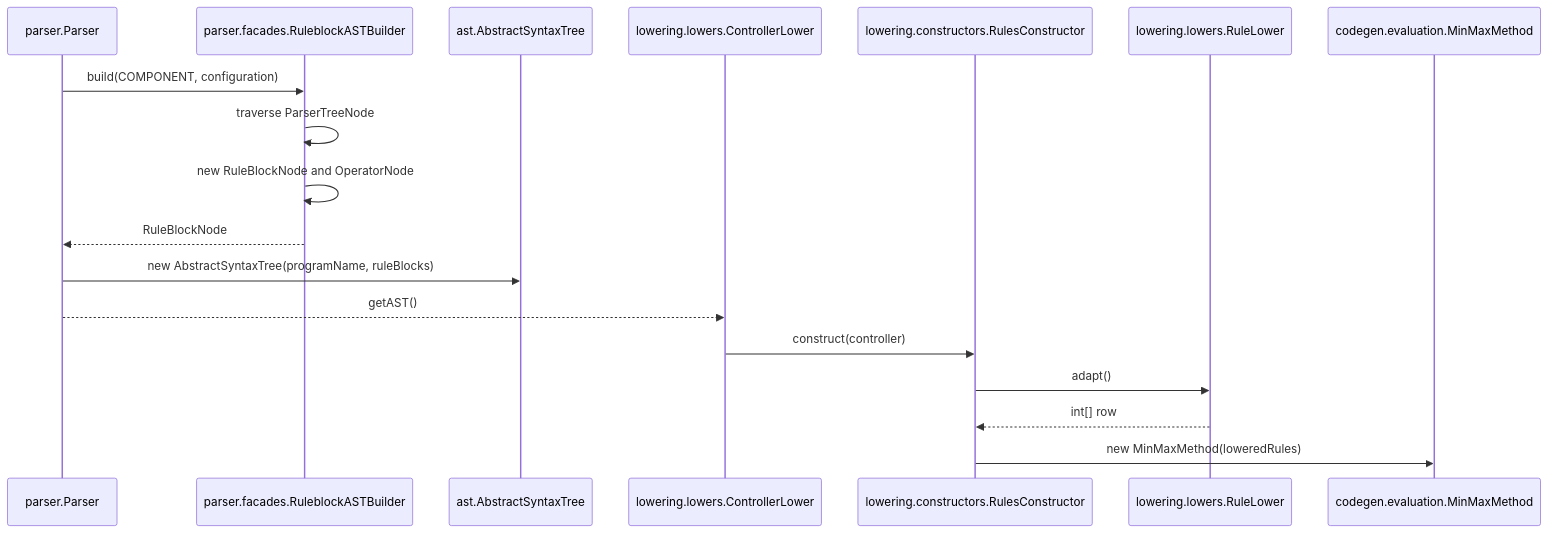
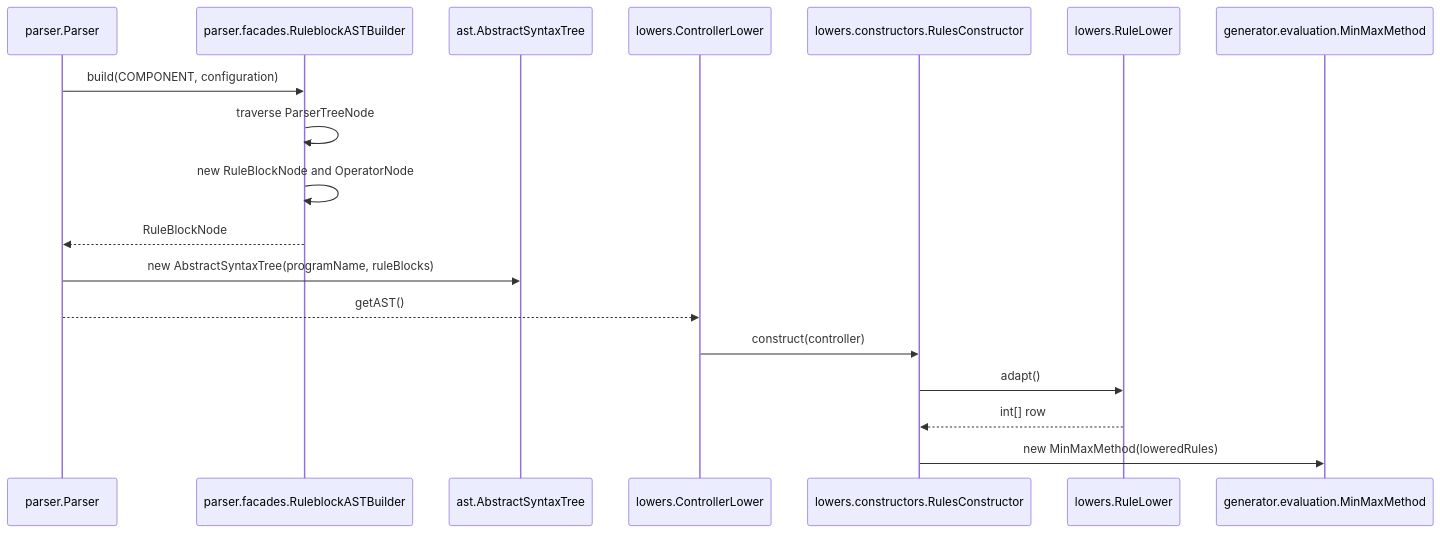
One commit to PascalUser/FLC-IEC61131-7 changed the third of 3 diagrams in doc/modules/ast.md. Above: the diagram before and after it, drawn with Mermaid. The commit also changed other lines of this file and 537 other files, not shown here.

````diff
--- a/doc/modules/ast.md
+++ b/doc/modules/ast.md
@@ -277,21 +277,21 @@
 ```mermaid
 sequenceDiagram
     participant P as parser.Parser
     participant B as parser.facades.RuleblockASTBuilder
     participant T as ast.AbstractSyntaxTree
-    participant C as lowering.lowers.ControllerLower
-    participant R as lowering.constructors.RulesConstructor
-    participant L as lowering.lowers.RuleLower
-    participant M as codegen.evaluation.MinMaxMethod
+    participant C as lowers.ControllerLower
+    participant R as lowers.constructors.RulesConstructor
+    participant L as lowers.RuleLower
+    participant M as generator.evaluation.MinMaxMethod
 
     P->>B: build(COMPONENT, configuration)
     B->>B: traverse ParserTreeNode
     B->>B: new RuleBlockNode and OperatorNode
     B-->>P: RuleBlockNode
     P->>T: new AbstractSyntaxTree(programName, ruleBlocks)
     P-->>C: getAST()
     C->>R: construct(controller)
     R->>L: adapt()
     L-->>R: int[] row
     R->>M: new MinMaxMethod(loweredRules)
 ```
````
